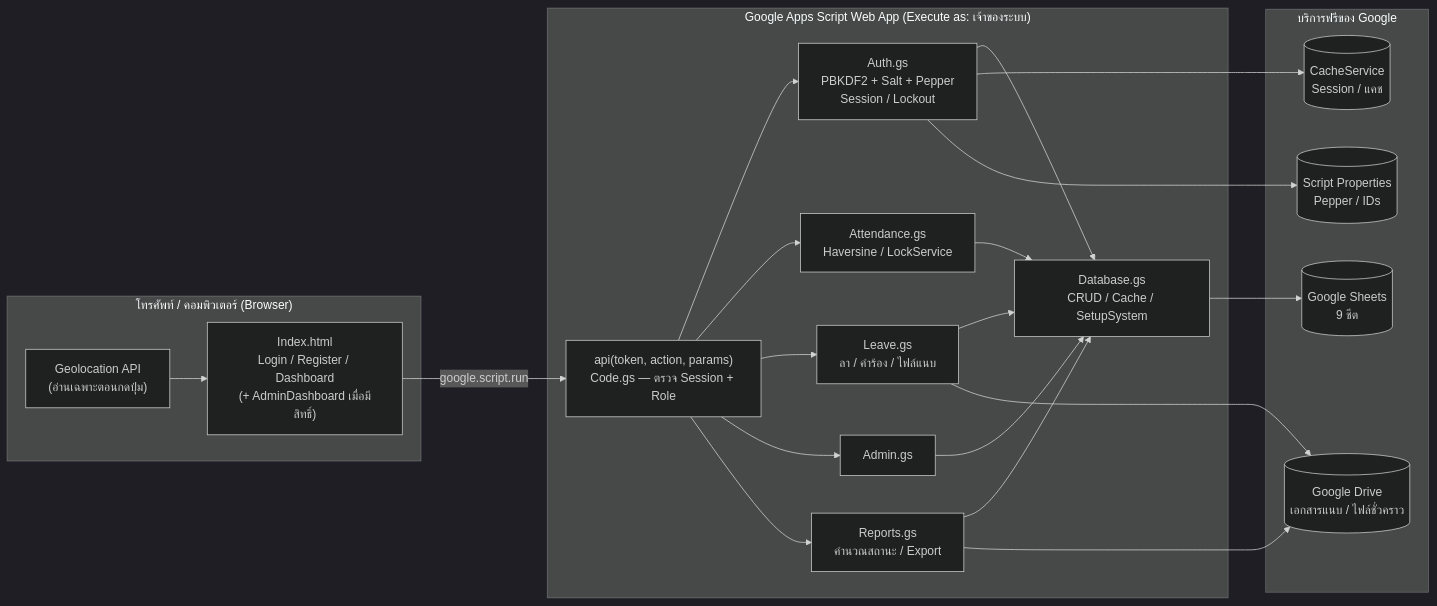
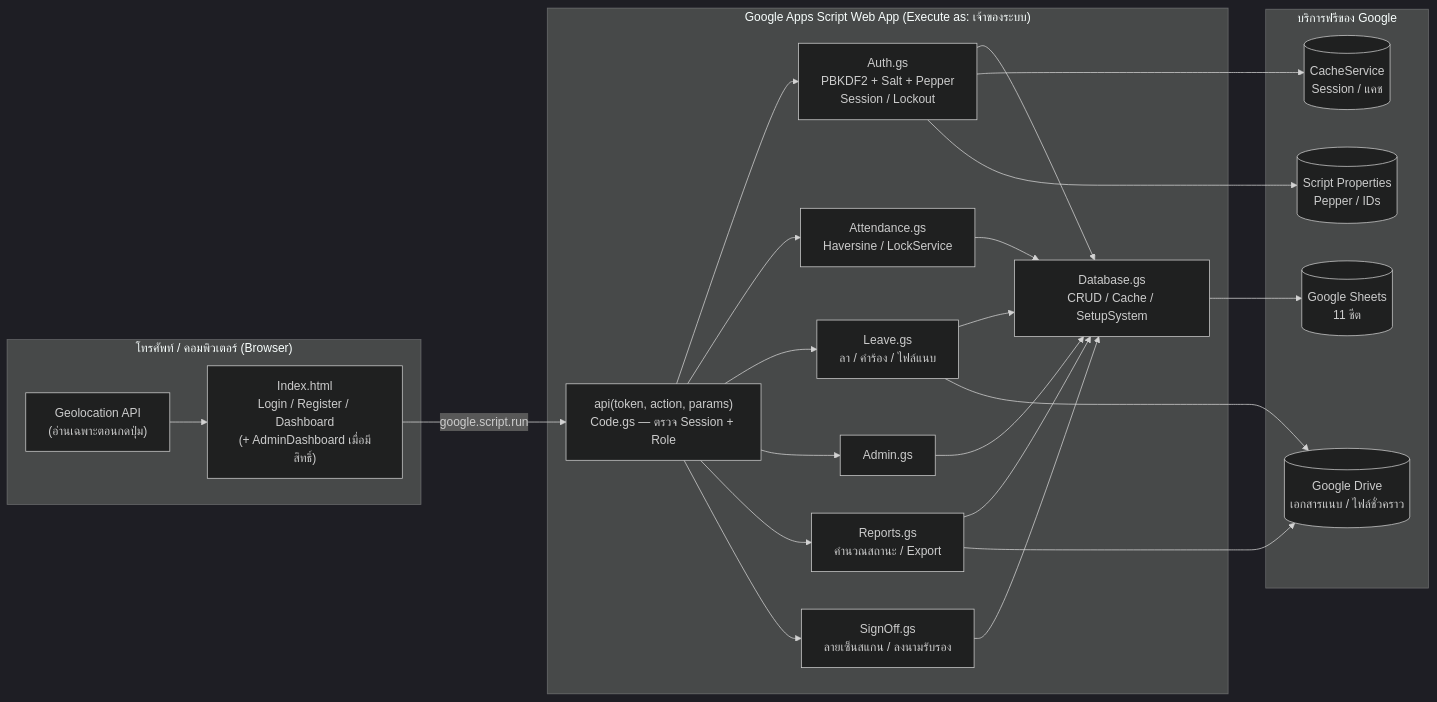
Before and after one commit to Phanuwat-Suraphan/shcheck: the first of 7 diagrams in docs/01-architecture.md, drawn with Mermaid (dark theme). The commit also changed other lines of this file and 45 other files, not shown here.

````diff
--- a/docs/01-architecture.md
+++ b/docs/01-architecture.md
@@ -100,31 +100,32 @@
 ```mermaid
 flowchart LR
   subgraph Phone["โทรศัพท์ / คอมพิวเตอร์ (Browser)"]
     UI["Index.html<br/>Login / Register / Dashboard<br/>(+ AdminDashboard เมื่อมีสิทธิ์)"]
     GPS["Geolocation API<br/>(อ่านเฉพาะตอนกดปุ่ม)"]
   end
   subgraph GAS["Google Apps Script Web App (Execute as: เจ้าของระบบ)"]
     API["api(token, action, params)<br/>Code.gs — ตรวจ Session + Role"]
     AUTH["Auth.gs<br/>PBKDF2 + Salt + Pepper<br/>Session / Lockout"]
     ATT["Attendance.gs<br/>Haversine / LockService"]
     LV["Leave.gs<br/>ลา / คำร้อง / ไฟล์แนบ"]
     ADM["Admin.gs"]
     REP["Reports.gs<br/>คำนวณสถานะ / Export"]
+    SGN["SignOff.gs<br/>ลายเซ็นสแกน / ลงนามรับรอง"]
     DB["Database.gs<br/>CRUD / Cache / SetupSystem"]
   end
   subgraph Google["บริการฟรีของ Google"]
-    SH[("Google Sheets<br/>9 ชีต")]
+    SH[("Google Sheets<br/>11 ชีต")]
     DR[("Google Drive<br/>เอกสารแนบ / ไฟล์ชั่วคราว")]
     CA[("CacheService<br/>Session / แคช")]
     PR[("Script Properties<br/>Pepper / IDs")]
   end
   UI -- google.script.run --> API
   GPS --> UI
-  API --> AUTH & ATT & LV & ADM & REP
-  AUTH & ATT & LV & ADM & REP --> DB
+  API --> AUTH & ATT & LV & ADM & REP & SGN
+  AUTH & ATT & LV & ADM & REP & SGN --> DB
   DB --> SH
   LV --> DR
   REP --> DR
   AUTH --> CA
   AUTH --> PR
 ```
````
